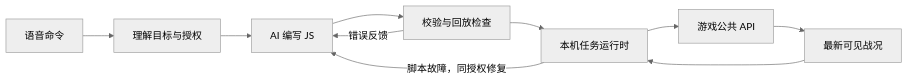
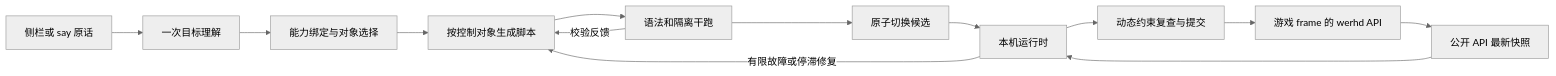
The diagram in doc/architecture/overview.md (nanwangjkl/ra2commander), drawn with Mermaid (neutral theme) before and after one commit. The commit also changed other lines of this file and 16 other files, not shown here.

````diff
--- a/doc/architecture/overview.md
+++ b/doc/architecture/overview.md
@@ -66,12 +19,15 @@
 ```mermaid
 flowchart LR
-    A[语音命令] --> B[理解目标与授权]
-    B --> C[AI 编写 JS]
-    C --> D[校验与回放检查]
-    D --> E[本机任务运行时]
-    E --> F[游戏公共 API]
-    F --> G[最新可见战况]
-    G --> E
-    D -->|错误反馈| C
-    E -->|脚本故障，同授权修复| C
+    A[侧栏或 say 原话] --> B[一次目标理解]
+    B --> C[能力绑定与对象选择]
+    C --> D[按控制对象生成脚本]
+    D --> E[语法和隔离干跑]
+    E --> F[原子切换候选]
+    F --> G[本机运行时]
+    H[公开 API 最新快照] --> G
+    G --> I[动态约束复查与提交]
+    I --> J[游戏 frame 的 werhd API]
+    J --> H
+    E -->|校验反馈| D
+    G -->|有限故障或停滞修复| D
 ```
````
